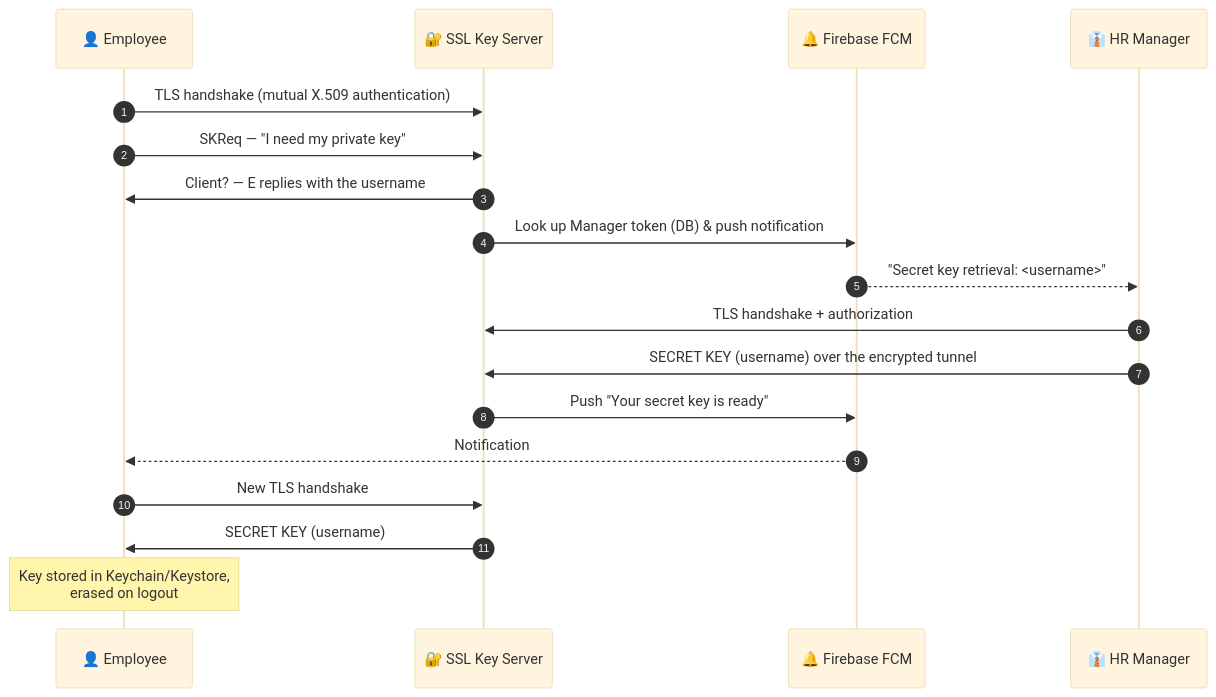
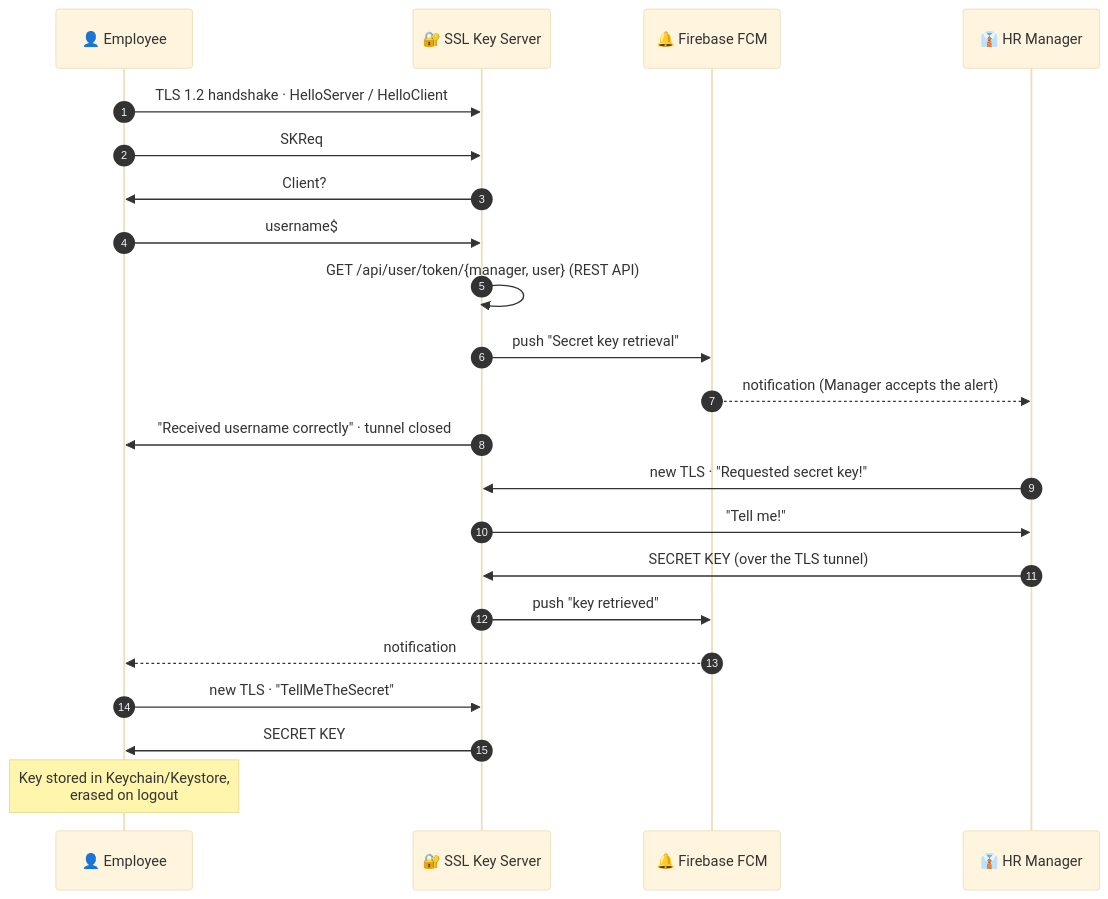
Before and after one commit to rauleteee/tfg_fhe_movil: the diagram in README.md, drawn with Mermaid (base theme). The commit also changed other lines of this file and 3 other files, not shown here.

Commit message:
diagrams and README: evaluator inside API as in the code, document TLS validation limits

````diff
--- a/README.md
+++ b/README.md
@@ -113,21 +113,25 @@
 ```mermaid
 sequenceDiagram
     autonumber
     participant E as 👤 Employee
     participant S as 🔐 SSL Key Server
     participant F as 🔔 Firebase FCM
     participant M as 👔 HR Manager
 
-    E->>S: TLS handshake (mutual X.509 authentication)
-    E->>S: SKReq — "I need my private key"
-    S->>E: Client? — E replies with the username
-    S->>F: Look up Manager token (DB) & push notification
-    F-->>M: "Secret key retrieval: <username>"
-    M->>S: TLS handshake + authorization
-    M->>S: SECRET KEY (username) over the encrypted tunnel
-    S->>F: Push "Your secret key is ready"
-    F-->>E: Notification
-    E->>S: New TLS handshake
-    S->>E: SECRET KEY (username)
+    E->>S: TLS 1.2 handshake · HelloServer / HelloClient
+    E->>S: SKReq
+    S->>E: Client?
+    E->>S: username$
+    S->>S: GET /api/user/token/{manager, user} (REST API)
+    S->>F: push "Secret key retrieval"
+    F-->>M: notification (Manager accepts the alert)
+    S->>E: "Received username correctly" · tunnel closed
+    M->>S: new TLS · "Requested secret key!"
+    S->>M: "Tell me!"
+    M->>S: SECRET KEY (over the TLS tunnel)
+    S->>F: push "key retrieved"
+    F-->>E: notification
+    E->>S: new TLS · "TellMeTheSecret"
+    S->>E: SECRET KEY
     Note over E: Key stored in Keychain/Keystore,<br/>erased on logout
 ```
````
